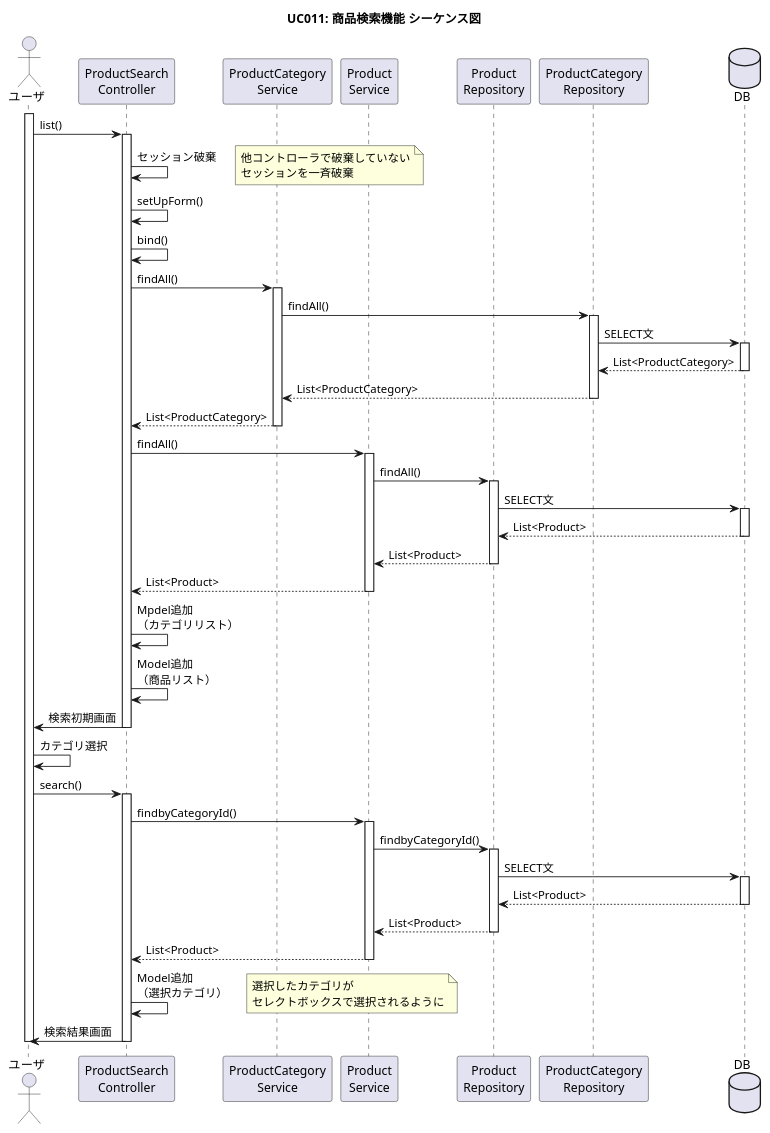
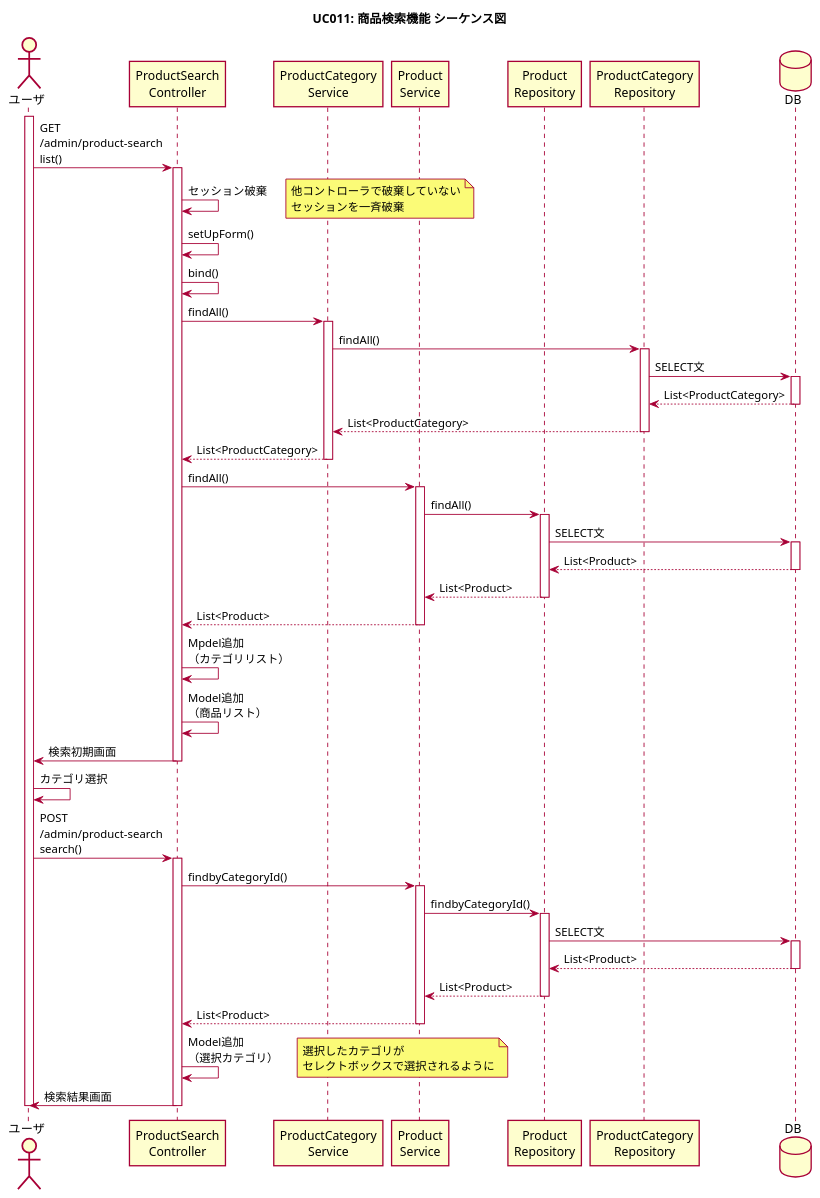
One commit to imagepit/fullness-ec changed the diagram in plan/diagram/sequence/uc011_product_search.puml. Above: the diagram before and after it, drawn with PlantUML. The commit also changed 30 other files, not shown here.

```diff
--- a/plan/diagram/sequence/uc011_product_search.puml
+++ b/plan/diagram/sequence/uc011_product_search.puml
@@ -1,51 +1,52 @@
 @startuml
 
+skin rose
 title UC011: 商品検索機能 シーケンス図
 skinparam shadowing false
 
 actor ユーザ as user
 activate user
 participant "ProductSearch\nController" as controller
 participant "ProductCategory\nService" as svc1
 participant "Product\nService" as svc2
 participant "Product\nRepository" as repo1
 participant "ProductCategory\nRepository" as repo2
 database "DB" as db
 
 ' 検索初期画面
-user -> controller ++ : list()
+user -> controller ++ : GET\n/admin/product-search\nlist()
 controller -> controller : セッション破棄
 note right: 他コントローラで破棄していない\nセッションを一斉破棄
 controller -> controller : setUpForm()
 controller -> controller : bind()
 controller -> svc1 ++ : findAll()
 svc1 -> repo2 ++ : findAll()
 repo2 -> db ++ : SELECT文
 db --> repo2 -- : List<ProductCategory>
 repo2 --> svc1 -- : List<ProductCategory>
 svc1 --> controller -- : List<ProductCategory>
 controller -> svc2 ++ : findAll()
 svc2 -> repo1 ++ : findAll()
 repo1 -> db ++ : SELECT文
 db --> repo1 -- : List<Product>
 repo1 --> svc2 -- : List<Product>
 svc2 --> controller -- : List<Product>
 controller -> controller : Mpdel追加\n（カテゴリリスト）
 controller -> controller : Model追加\n（商品リスト）
 controller -> user -- : 検索初期画面
 
 ' 検索結果画面
 user -> user : カテゴリ選択
-user -> controller ++ : search()
+user -> controller ++ : POST\n/admin/product-search\nsearch()
 controller -> svc2 ++ : findbyCategoryId()
 svc2 -> repo1 ++ : findbyCategoryId()
 repo1 -> db ++ : SELECT文
 db --> repo1 -- : List<Product>
 repo1 --> svc2 -- : List<Product>
 svc2 --> controller -- : List<Product>
 controller -> controller : Model追加\n（選択カテゴリ）
 note right: 選択したカテゴリが\nセレクトボックスで選択されるように
 controller -> user -- : 検索結果画面
 
 deactivate user
 @enduml
```
